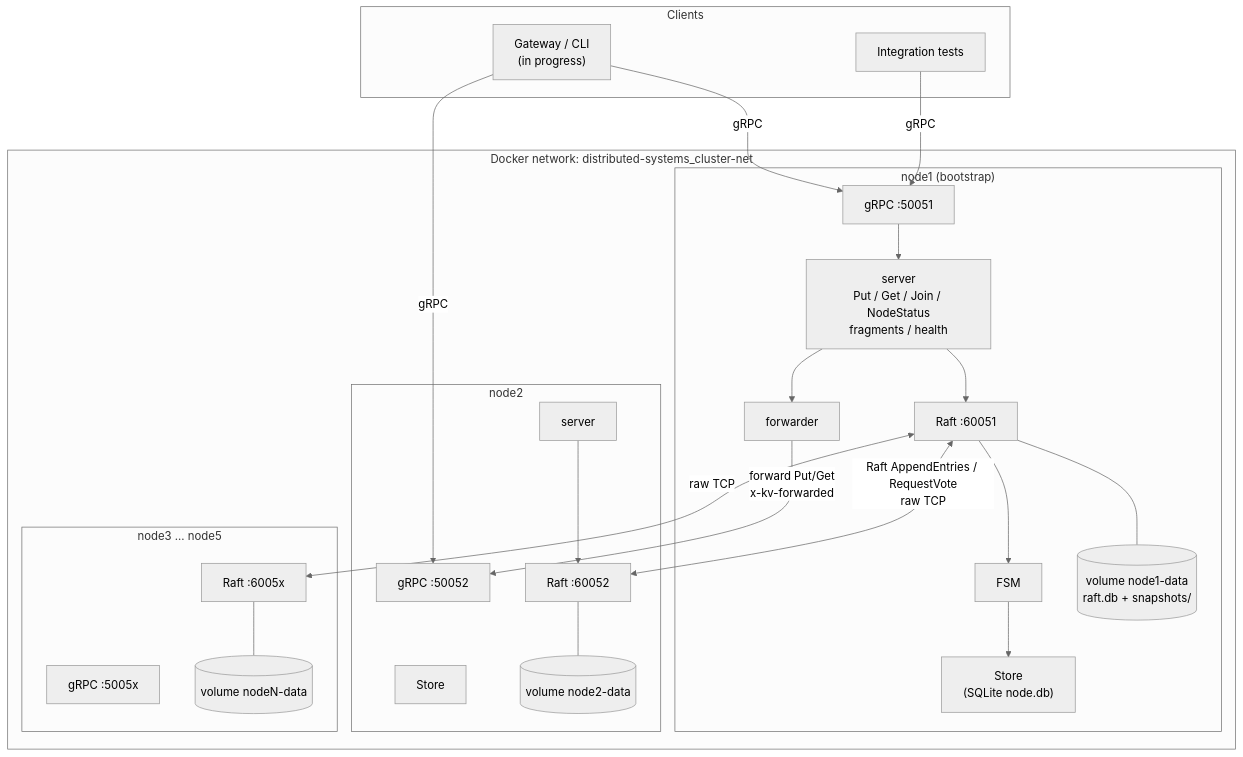
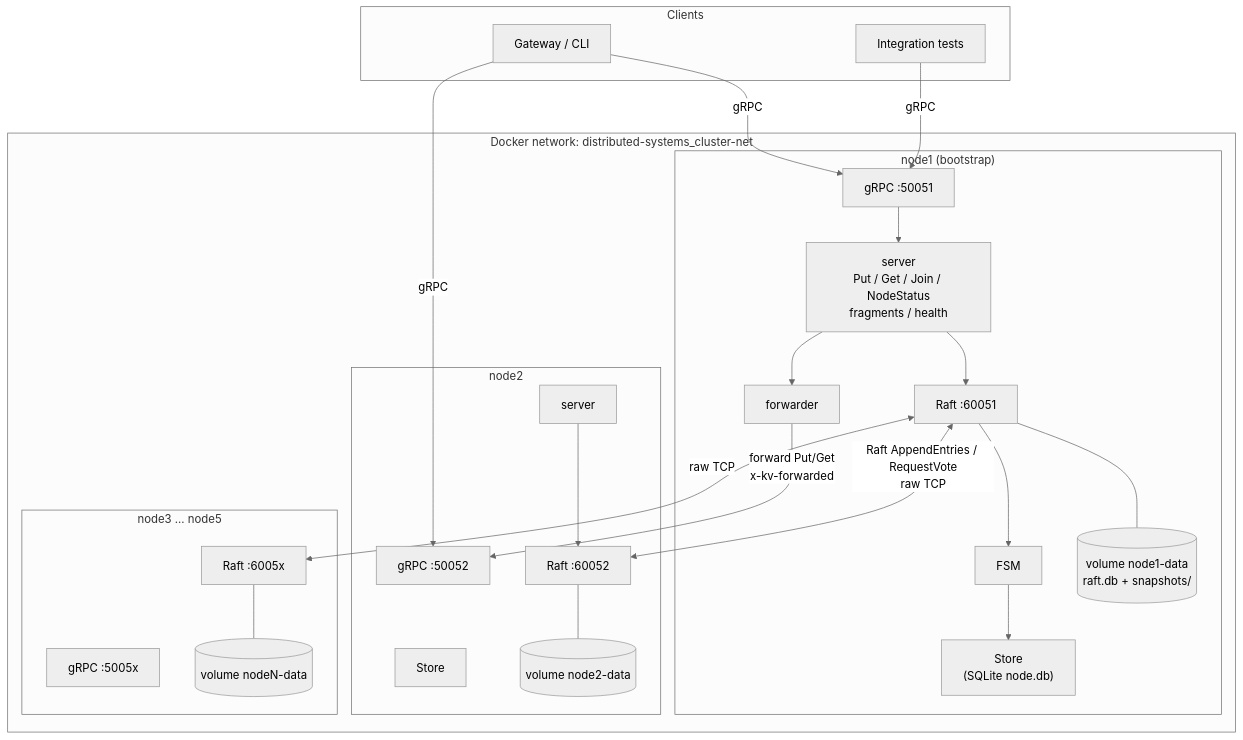
Before and after one commit to Jay0496/Distributed-Systems: the first of 4 diagrams in docs/ARCHITECTURE.md, drawn with Mermaid (neutral theme). The commit also changed other lines of this file and 2 other files, not shown here.

Commit message:
docs(codebase,architecture): document the layout and final design

````diff
--- a/docs/ARCHITECTURE.md
+++ b/docs/ARCHITECTURE.md
@@ -5,45 +5,45 @@
 ```mermaid
 flowchart TB
     subgraph clients["Clients"]
-        CLI["Gateway / CLI<br/>(in progress)"]
+        CLI["Gateway / CLI"]
         TEST["Integration tests"]
     end
 
     subgraph net["Docker network: distributed-systems_cluster-net"]
         subgraph n1["node1 (bootstrap)"]
             G1["gRPC :50051"]
             S1["server<br/>Put / Get / Join / NodeStatus<br/>fragments / health"]
             F1["forwarder"]
             R1["Raft :60051"]
             FSM1["FSM"]
             ST1["Store<br/>(SQLite node.db)"]
             D1[("volume node1-data<br/>raft.db + snapshots/")]
         end
         subgraph n2["node2"]
             G2["gRPC :50052"]
             S2["server"]
             R2["Raft :60052"]
             ST2["Store"]
             D2[("volume node2-data")]
         end
         subgraph nN["node3 ... node5"]
             GN["gRPC :5005x"]
             RN["Raft :6005x"]
             DN[("volume nodeN-data")]
         end
     end
 
     CLI -->|gRPC| G1
     CLI -->|gRPC| G2
     TEST -->|gRPC| G1
     G1 --> S1 --> F1
     S1 --> R1
     R1 --> FSM1 --> ST1
     R1 <-->|"Raft AppendEntries / RequestVote<br/>raw TCP"| R2
     R1 <-->|raw TCP| RN
     R1 --- D1
     R2 --- D2
     RN --- DN
     S2 --> R2
     F1 -->|"forward Put/Get<br/>x-kv-forwarded"| G2
 ```
````
